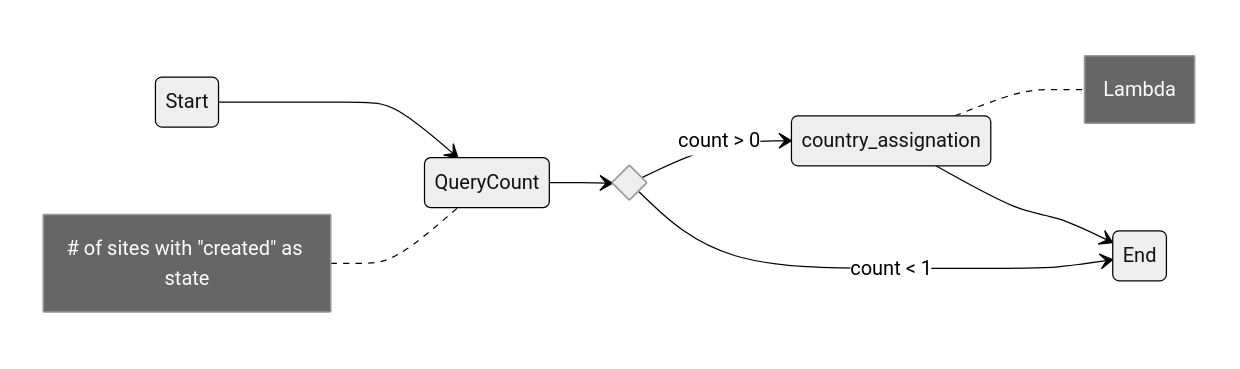
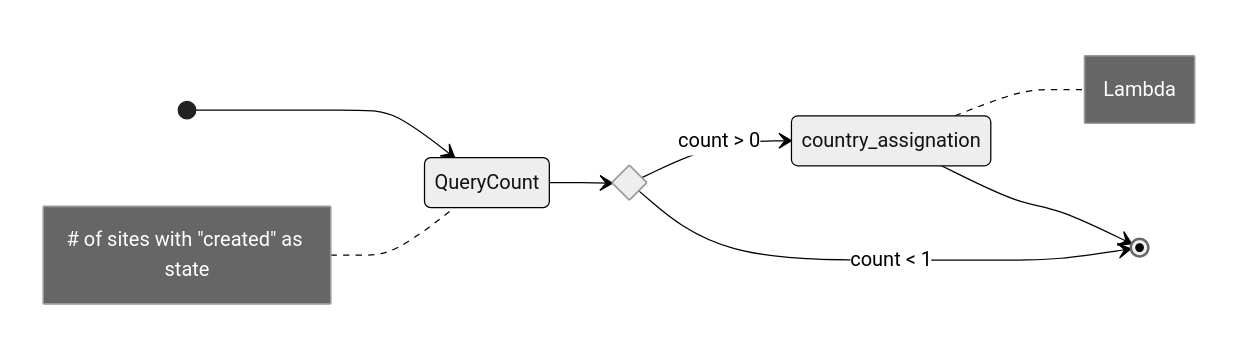
The second of 2 diagrams in README.md (gusVG/EDAi), drawn with Mermaid (neutral theme) before and after one commit.

````diff
--- a/README.md
+++ b/README.md
@@ -29,16 +29,16 @@
 ```mermaid
 stateDiagram
 direction  LR
   state branch <<choice>>
-  Start --> QueryCount
+  [*] --> QueryCount
   note left of QueryCount
     # of sites with "created" as state
   end note
   QueryCount --> branch
   branch --> country_assignation: count > 0
   note right of country_assignation
     Lambda
   end note
-  branch --> End: count < 1
-  country_assignation --> End
+  branch --> [*]: count < 1
+  country_assignation --> [*]
 ```
````
